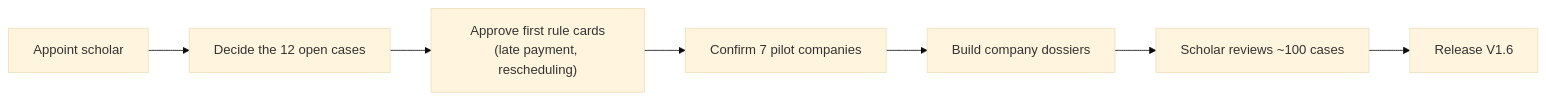
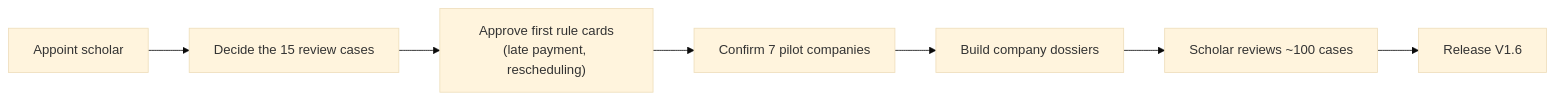
Before and after one commit to AhmedTElKodsh/Mushir-Sharia-Bot: the ninth of 9 diagrams in .planning/sharia-compliance-chatbot/docs/client-guide.md, drawn with Mermaid (base theme). The commit also changed other lines of this file and 58 other files, not shown here.

````diff
--- a/.planning/sharia-compliance-chatbot/docs/client-guide.md
+++ b/.planning/sharia-compliance-chatbot/docs/client-guide.md
@@ -314,9 +315,9 @@
 ```mermaid
 flowchart LR
-    A["Appoint scholar"] --> B["Decide the 12 open cases"]
+    A["Appoint scholar"] --> B["Decide the 15 review cases"]
     B --> C["Approve first rule cards<br/>(late payment, rescheduling)"]
     C --> D["Confirm 7 pilot companies"]
     D --> E["Build company dossiers"]
     E --> F["Scholar reviews ~100 cases"]
     F --> G["Release V1.6"]
 ```
````
